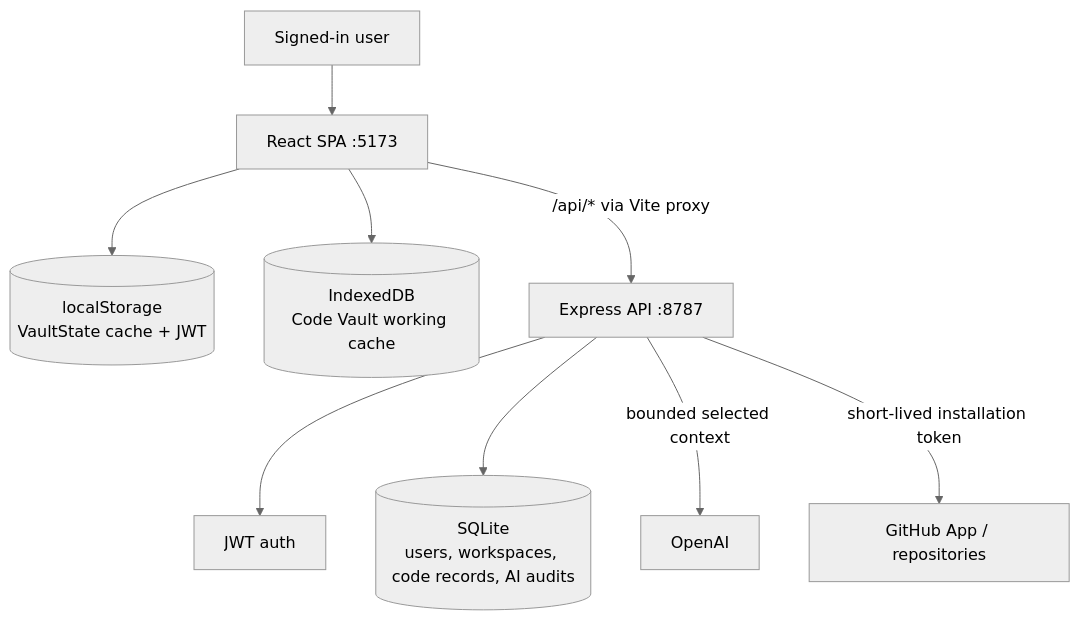
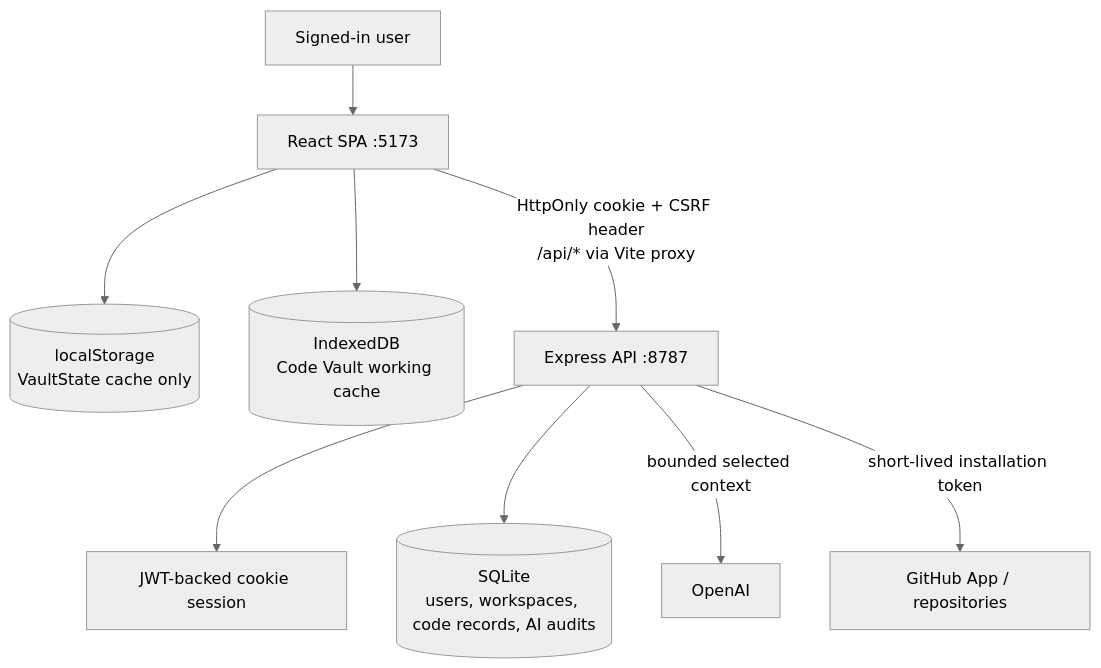
Before and after one commit to Akiirolabs/IOVault: the first of 2 diagrams in docs/architecture.md, drawn with Mermaid (neutral theme). The commit also changed other lines of this file and 25 other files, not shown here.

Commit message:
Replace browser-stored JWTs with HttpOnly cookie sessions and CSRF-protected API requests.Replace automatic vault sharing with explicit bounded page-level AI context.

````diff
--- a/docs/architecture.md
+++ b/docs/architecture.md
@@ -7,11 +7,11 @@
 ```mermaid
 flowchart TB
   User["Signed-in user"] --> SPA["React SPA :5173"]
-  SPA --> LS[("localStorage\nVaultState cache + JWT")]
+  SPA --> LS[("localStorage\nVaultState cache only")]
   SPA --> IDB[("IndexedDB\nCode Vault working cache")]
-  SPA -->|"/api/* via Vite proxy"| API["Express API :8787"]
-  API --> Auth["JWT auth"]
+  SPA -->|"HttpOnly cookie + CSRF header\n/api/* via Vite proxy"| API["Express API :8787"]
+  API --> Auth["JWT-backed cookie session"]
   API --> DB[("SQLite\nusers, workspaces, code records, AI audits")]
   API -->|"bounded selected context"| OpenAI["OpenAI"]
   API -->|"short-lived installation token"| GitHub["GitHub App / repositories"]
 ```
````
